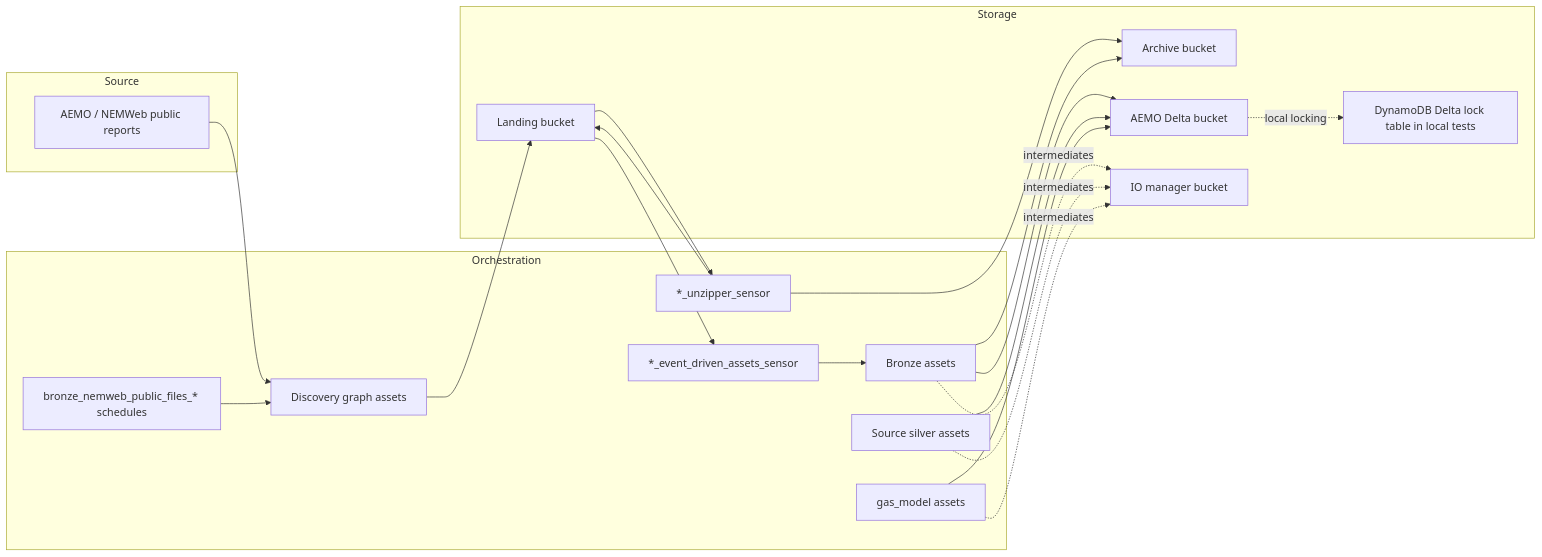
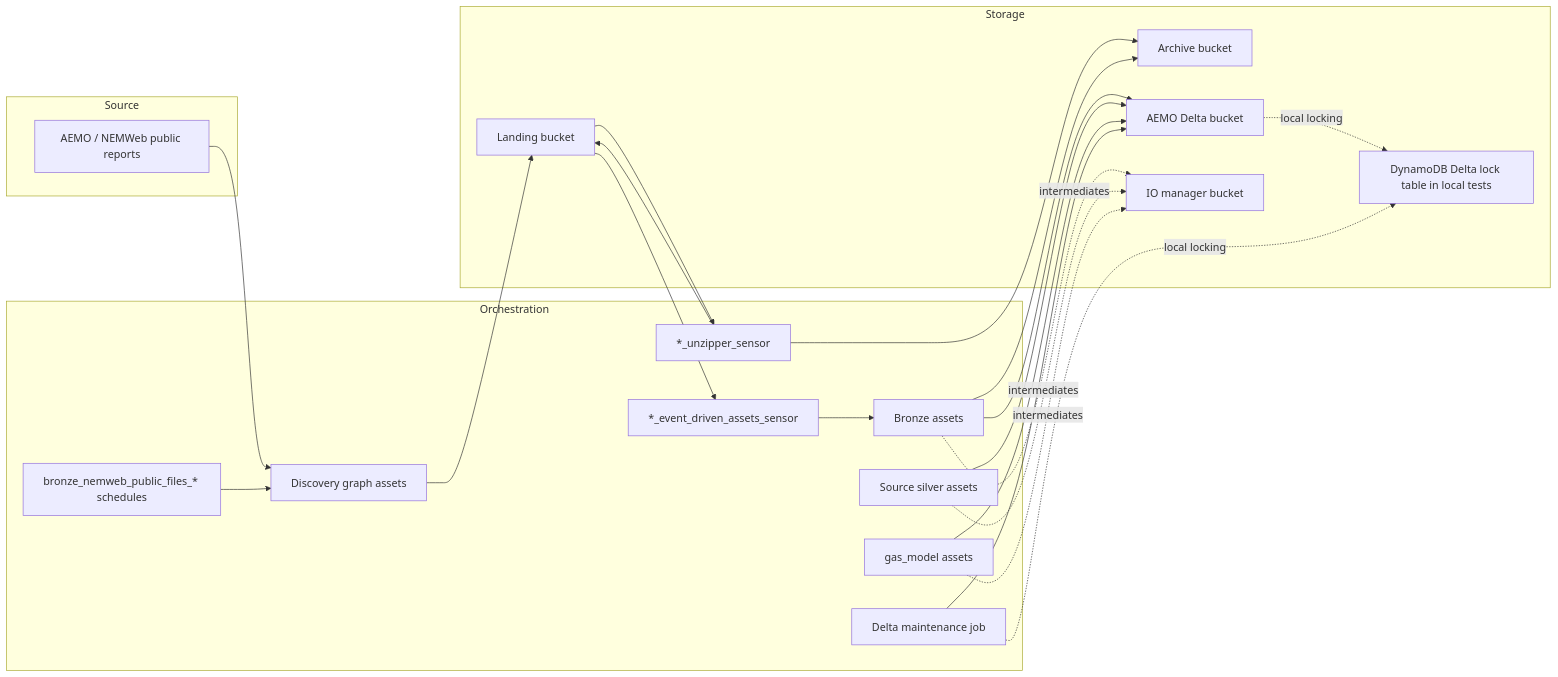
Before and after one commit to Chr1sC0de/energy-market-delta-lake: the first of 2 diagrams in backend-services/dagster-user/aemo-etl/docs/architecture/high_level_architecture.md, drawn with Mermaid. The commit also changed other lines of this file and 9 other files, not shown here.

Commit message:
Add configurable Delta vacuum maintenance job

````diff
--- a/backend-services/dagster-user/aemo-etl/docs/architecture/high_level_architecture.md
+++ b/backend-services/dagster-user/aemo-etl/docs/architecture/high_level_architecture.md
@@ -18,41 +18,44 @@
 ```mermaid
 flowchart LR
     subgraph Source
         NEMWeb["AEMO / NEMWeb public reports"]
     end
 
     subgraph Orchestration
         Sched["bronze_nemweb_public_files_* schedules"]
         Discover["Discovery graph assets"]
         UnzipSensors["*_unzipper_sensor"]
         RawSensors["*_event_driven_assets_sensor"]
         Bronze["Bronze assets"]
         Silver["Source silver assets"]
         GasModel["gas_model assets"]
+        Maintenance["Delta maintenance job"]
     end
 
     subgraph Storage
         Landing["Landing bucket"]
         Archive["Archive bucket"]
         Delta["AEMO Delta bucket"]
         DagsterStore["IO manager bucket"]
         Dynamo["DynamoDB Delta lock table in local tests"]
     end
 
     NEMWeb --> Discover
     Sched --> Discover
     Discover --> Landing
     Landing --> UnzipSensors
     UnzipSensors --> Landing
     UnzipSensors --> Archive
     Landing --> RawSensors
     RawSensors --> Bronze
     Bronze --> Archive
     Bronze --> Delta
     Silver --> Delta
     GasModel --> Delta
+    Maintenance --> Delta
     Bronze -. intermediates .-> DagsterStore
     Silver -. intermediates .-> DagsterStore
     GasModel -. intermediates .-> DagsterStore
     Delta -. local locking .-> Dynamo
+    Maintenance -. local locking .-> Dynamo
 ```
````
